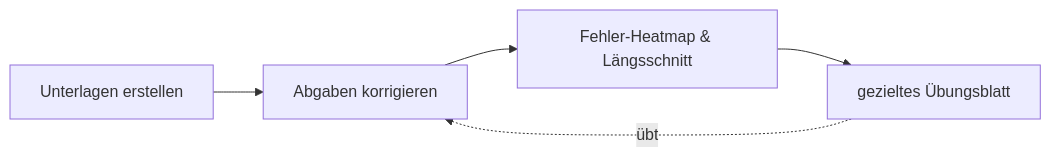
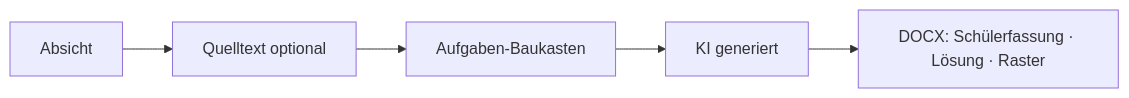
The first of 2 diagrams in README.md (milanradisavljevic/LUKA), drawn with Mermaid before and after one commit. The commit also changed other lines of this file and 14 other files, not shown here.

````diff
--- a/README.md
+++ b/README.md
@@ -37,7 +40,7 @@
 ```mermaid
 flowchart LR
-  A[Unterlagen erstellen] --> B[Abgaben korrigieren]
-  B --> C[Fehler-Heatmap &amp; Längsschnitt]
-  C --> D[gezieltes Übungsblatt]
-  D -. übt .-> B
+  A[Absicht] --> B[Quelltext optional]
+  B --> C[Aufgaben-Baukasten]
+  C --> D[KI generiert]
+  D --> E[DOCX: Schülerfassung · Lösung · Raster]
 ```
````
